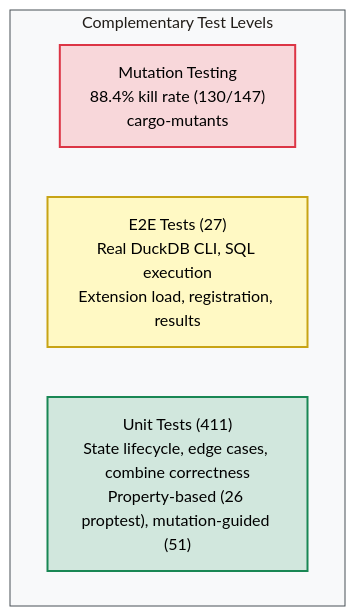
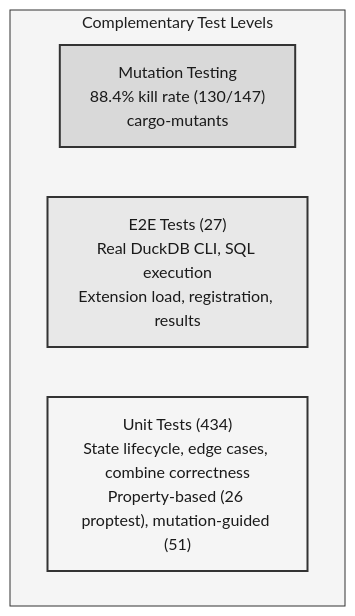
The second of 4 diagrams in docs/src/engineering.md (tomtom215/duckdb-behavioral), drawn with Mermaid before and after one commit. The commit also changed other lines of this file and 16 other files, not shown here.

First line of the commit message:
Enterprise quality: 23 new tests (411→434), Mermaid grayscale, doc updates

````diff
--- a/docs/src/engineering.md
+++ b/docs/src/engineering.md
@@ -148,13 +148,13 @@
 ```mermaid
-%%{init: {'theme': 'base', 'themeVariables': {'primaryColor': '#f8f9fa', 'primaryTextColor': '#000000', 'primaryBorderColor': '#495057', 'lineColor': '#495057', 'secondaryColor': '#e9ecef', 'tertiaryColor': '#dee2e6', 'textColor': '#000000', 'clusterBkg': '#f8f9fa', 'clusterBorder': '#495057'}}}%%
+%%{init: {'theme': 'base', 'themeVariables': {'primaryColor': '#ffffff', 'primaryTextColor': '#1a1a1a', 'primaryBorderColor': '#333333', 'lineColor': '#333333', 'secondaryColor': '#f5f5f5', 'tertiaryColor': '#e0e0e0', 'textColor': '#1a1a1a', 'clusterBkg': '#f5f5f5', 'clusterBorder': '#333333'}}}%%
 graph TB
     subgraph "Complementary Test Levels"
         L3["Mutation Testing<br/>88.4% kill rate (130/147)<br/>cargo-mutants"]
         L2["E2E Tests (27)<br/>Real DuckDB CLI, SQL execution<br/>Extension load, registration, results"]
-        L1["Unit Tests (411)<br/>State lifecycle, edge cases, combine correctness<br/>Property-based (26 proptest), mutation-guided (51)"]
+        L1["Unit Tests (434)<br/>State lifecycle, edge cases, combine correctness<br/>Property-based (26 proptest), mutation-guided (51)"]
     end
 
-    style L1 fill:#d1e7dd,stroke:#198754,stroke-width:2px,color:#000000
-    style L2 fill:#fff9c4,stroke:#c8a415,stroke-width:2px,color:#000000
-    style L3 fill:#f8d7da,stroke:#dc3545,stroke-width:2px,color:#000000
+    style L1 fill:#f5f5f5,stroke:#333333,stroke-width:2px,color:#1a1a1a
+    style L2 fill:#e8e8e8,stroke:#333333,stroke-width:2px,color:#1a1a1a
+    style L3 fill:#d9d9d9,stroke:#333333,stroke-width:2px,color:#1a1a1a
 ```
````
